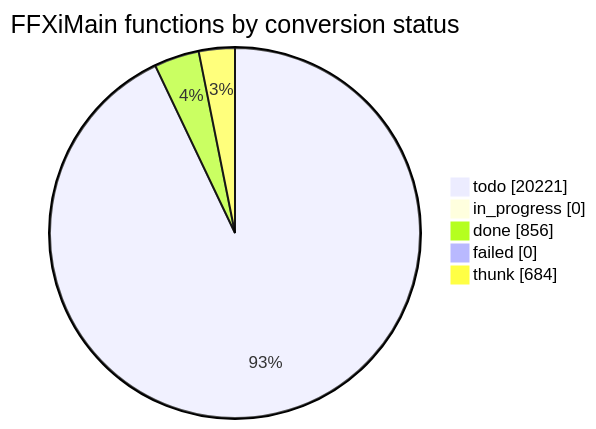
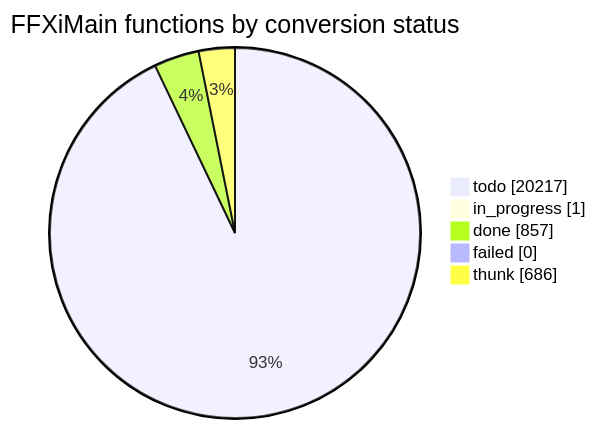
The diagram in docs/cow/STATUS.md (cowrevenge/cow_kuluu_xi_anything), drawn with Mermaid before and after one commit. The commit also changed other lines of this file and 9 other files, not shown here.

````diff
--- a/docs/cow/STATUS.md
+++ b/docs/cow/STATUS.md
@@ -18,9 +18,9 @@
 ```mermaid
 pie showData
     title FFXiMain functions by conversion status
-    "todo" : 20221
-    "in_progress" : 0
-    "done" : 856
+    "todo" : 20217
+    "in_progress" : 1
+    "done" : 857
     "failed" : 0
-    "thunk" : 684
+    "thunk" : 686
 ```
````
